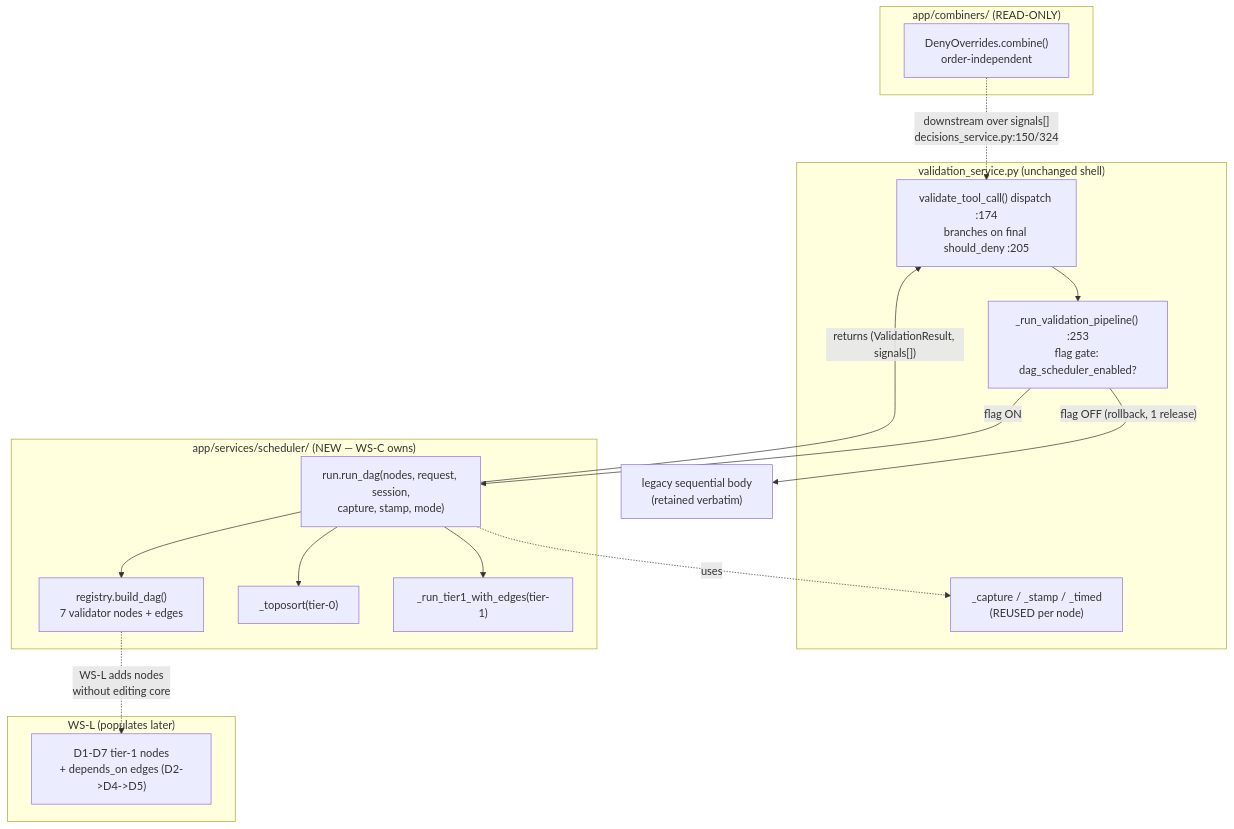
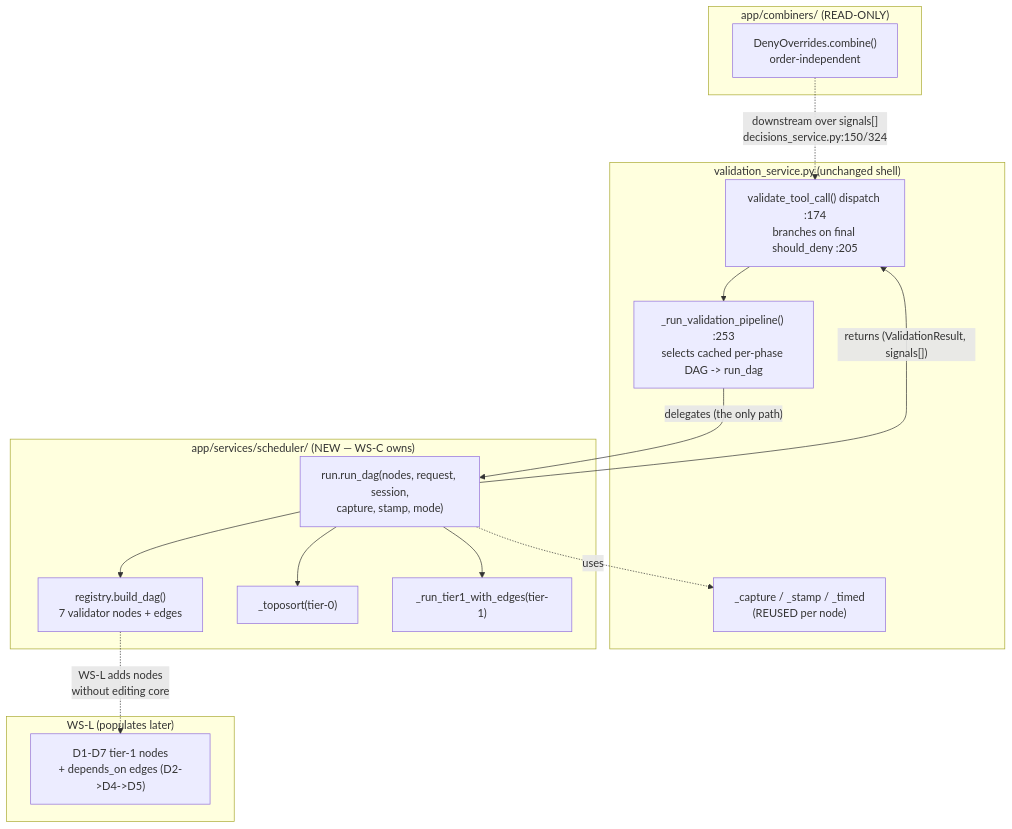
One commit to shashank31mar/Sentra changed the first of 5 diagrams in lld/31-dag-scheduler.md. Above: the diagram before and after it, drawn with Mermaid. The commit also changed other lines of this file and 4 other files, not shown here.

First line of the commit message:
ws-c-dag-scheduler: land grilled+reconciled LLD 31 + tasks doc on main (pre-build)

````diff
--- a/lld/31-dag-scheduler.md
+++ b/lld/31-dag-scheduler.md
@@ -117,30 +127,29 @@
 ```mermaid
 flowchart TD
   subgraph SVC["validation_service.py (unchanged shell)"]
     VAL["validate_tool_call() dispatch :174<br/>branches on final should_deny :205"]
-    RVP["_run_validation_pipeline() :253<br/>flag gate: dag_scheduler_enabled?"]
+    RVP["_run_validation_pipeline() :253<br/>selects cached per-phase DAG -> run_dag"]
     CAP["_capture / _stamp / _timed<br/>(REUSED per node)"]
   end
   subgraph SCHED["app/services/scheduler/ (NEW — WS-C owns)"]
     REG["registry.build_dag()<br/>7 validator nodes + edges"]
     RUN["run.run_dag(nodes, request, session,<br/>capture, stamp, mode)"]
     TOPO["_toposort(tier-0)"]
     T1E["_run_tier1_with_edges(tier-1)"]
   end
   subgraph WSL["WS-L (populates later)"]
     DNODES["D1-D7 tier-1 nodes<br/>+ depends_on edges (D2->D4->D5)"]
   end
   subgraph COMB["app/combiners/ (READ-ONLY)"]
     DO["DenyOverrides.combine()<br/>order-independent"]
   end
   VAL --> RVP
-  RVP -->|"flag ON"| RUN
-  RVP -->|"flag OFF (rollback, 1 release)"| LEGACY["legacy sequential body<br/>(retained verbatim)"]
+  RVP -->|"delegates (the only path)"| RUN
   RUN --> REG
   RUN --> TOPO
   RUN --> T1E
   RUN -. "uses" .-> CAP
   REG -. "WS-L adds nodes<br/>without editing core" .-> DNODES
   RUN -->|"returns (ValidationResult, signals[])"| VAL
   DO -. "downstream over signals[]<br/>decisions_service.py:150/324" .-> VAL
 ```
````
